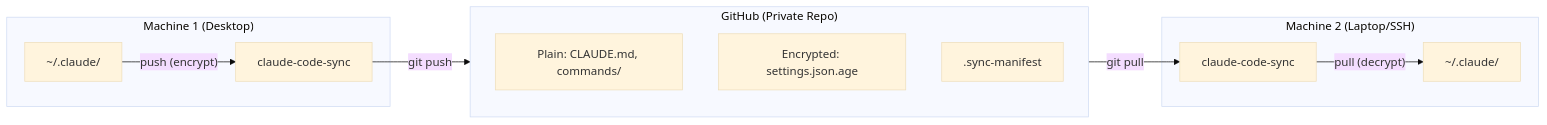
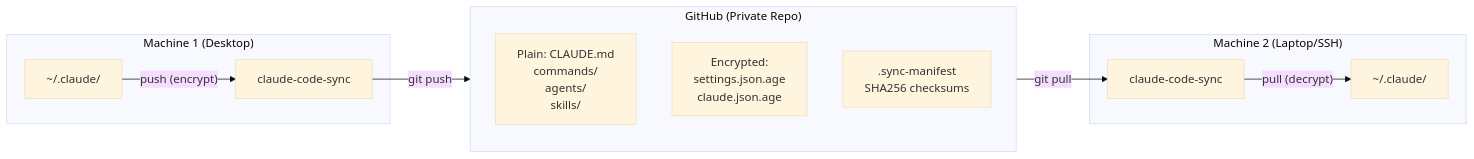
One commit to FelixIsaac/claude-code-sync changed the diagram in README.md. Above: the diagram before and after it, drawn with Mermaid (base theme). The commit also changed other lines of this file and 2 other files, not shown here.

First line of the commit message:
docs: comprehensive README, add CONTRIBUTING.md, ARCHITECTURE.md

````diff
--- a/README.md
+++ b/README.md
@@ -175,23 +545,23 @@
 ```mermaid
 flowchart LR
     subgraph Machine1["Machine 1 (Desktop)"]
         C1[~/.claude/]
         S1[claude-code-sync]
     end
 
     subgraph GitHub["GitHub (Private Repo)"]
-        P[Plain: CLAUDE.md, commands/]
-        E[Encrypted: settings.json.age]
-        M[.sync-manifest]
+        P[Plain: CLAUDE.md<br/>commands/<br/>agents/<br/>skills/]
+        E[Encrypted:<br/>settings.json.age<br/>claude.json.age]
+        M[.sync-manifest<br/>SHA256 checksums]
     end
 
     subgraph Machine2["Machine 2 (Laptop/SSH)"]
         C2[~/.claude/]
         S2[claude-code-sync]
     end
 
     C1 -->|"push (encrypt)"| S1
     S1 -->|git push| GitHub
     GitHub -->|git pull| S2
     S2 -->|"pull (decrypt)"| C2
 ```
````
